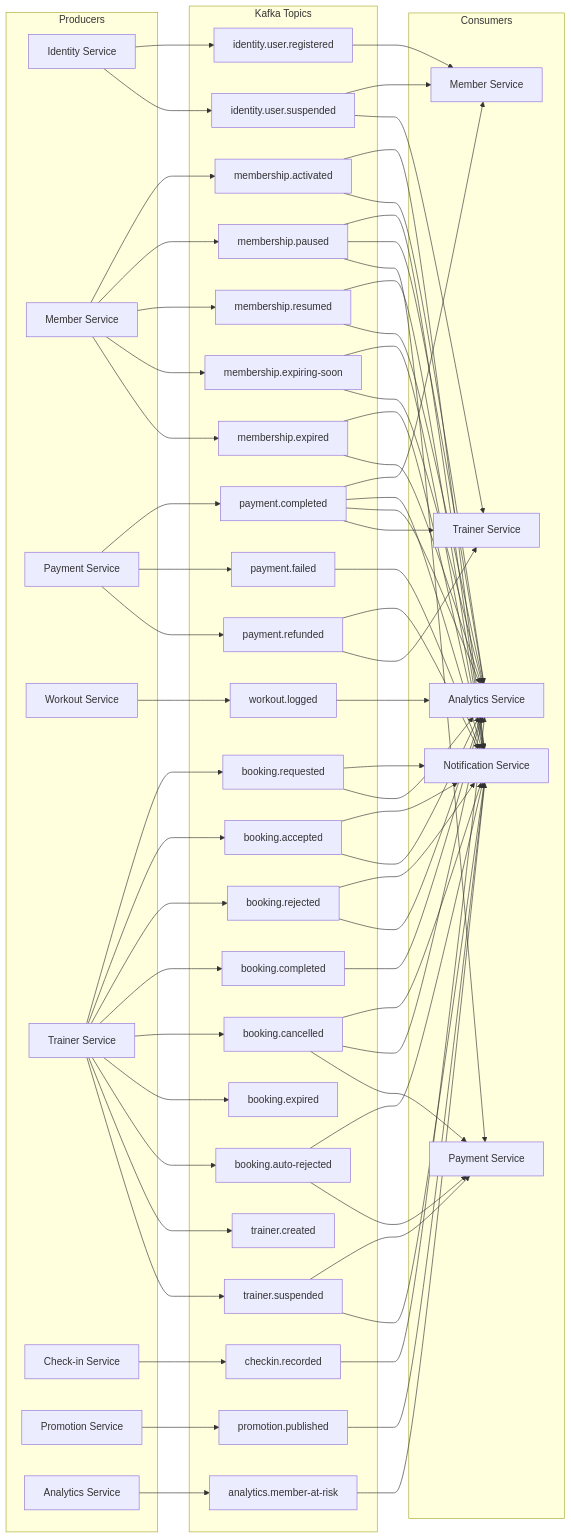
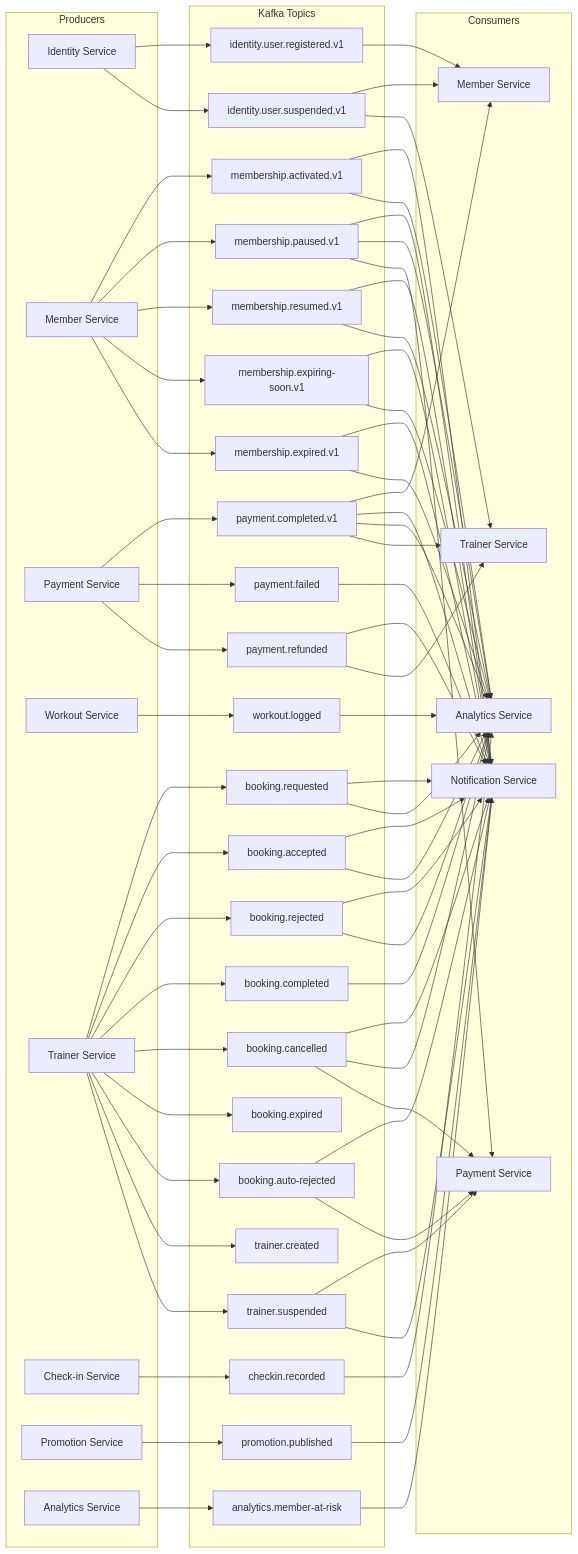
Before and after one commit to pploc/gym-architect: the diagram in architecture/03-kafka-events.md, drawn with Mermaid. The commit also changed other lines of this file and 15 other files, not shown here.

````diff
--- a/architecture/03-kafka-events.md
+++ b/architecture/03-kafka-events.md
@@ -23,75 +35,75 @@
 ```mermaid
 graph LR
     subgraph "Producers"
         IS[Identity Service]
         MS[Member Service]
         PS[Payment Service]
         WS[Workout Service]
         TS[Trainer Service]
         CS[Check-in Service]
         PRS[Promotion Service]
         AS_PROD[Analytics Service]
     end
 
     subgraph "Kafka Topics"
-        T1[identity.user.registered]
-        T1_SUB[identity.user.suspended]
-        T2[membership.activated]
-        T3[membership.paused]
-        T4[membership.resumed]
-        T5[membership.expiring-soon]
-        T6[membership.expired]
-        T7[payment.completed]
+        T1[identity.user.registered.v1]
+        T1_SUB[identity.user.suspended.v1]
+        T2[membership.activated.v1]
+        T3[membership.paused.v1]
+        T4[membership.resumed.v1]
+        T5[membership.expiring-soon.v1]
+        T6[membership.expired.v1]
+        T7[payment.completed.v1]
         T8[payment.failed]
         T9[payment.refunded]
         T10[workout.logged]
         T11[booking.requested]
         T12[booking.accepted]
         T13[booking.rejected]
         T14[booking.completed]
         T15[booking.cancelled]
         T15_EXP[booking.expired]
         T15_AR[booking.auto-rejected]
         T16[checkin.recorded]
         T17[promotion.published]
         T18[trainer.created]
         T18_SUB[trainer.suspended]
         T19[analytics.member-at-risk]
     end
 
     subgraph "Consumers"
         MS2[Member Service]
         NS[Notification Service]
         AS[Analytics Service]
         TS2[Trainer Service]
         PS2[Payment Service]
     end
 
     IS --> T1 & T1_SUB
     MS --> T2 & T3 & T4 & T5 & T6
     PS --> T7 & T8 & T9
     WS --> T10
     TS --> T11 & T12 & T13 & T14 & T15 & T15_EXP & T15_AR & T18 & T18_SUB
     CS --> T16
     PRS --> T17
     AS_PROD --> T19
 
     T1 --> MS2
     T1_SUB --> MS2 & TS2
     T7 --> MS2 & NS & AS & TS2
     T8 --> NS
     T9 --> NS & TS2
     T2 --> NS & AS
     T3 --> NS & AS & PS2
     T4 --> NS & AS
     T5 & T6 --> NS & AS
     T10 --> AS
     T11 & T12 & T13 --> NS & AS
     T14 --> AS
     T15 --> NS & AS & PS2
     T15_AR --> NS & PS2
     T16 --> AS
     T17 --> NS
     T18_SUB --> PS2 & NS
     T19 --> NS
 ```
````
